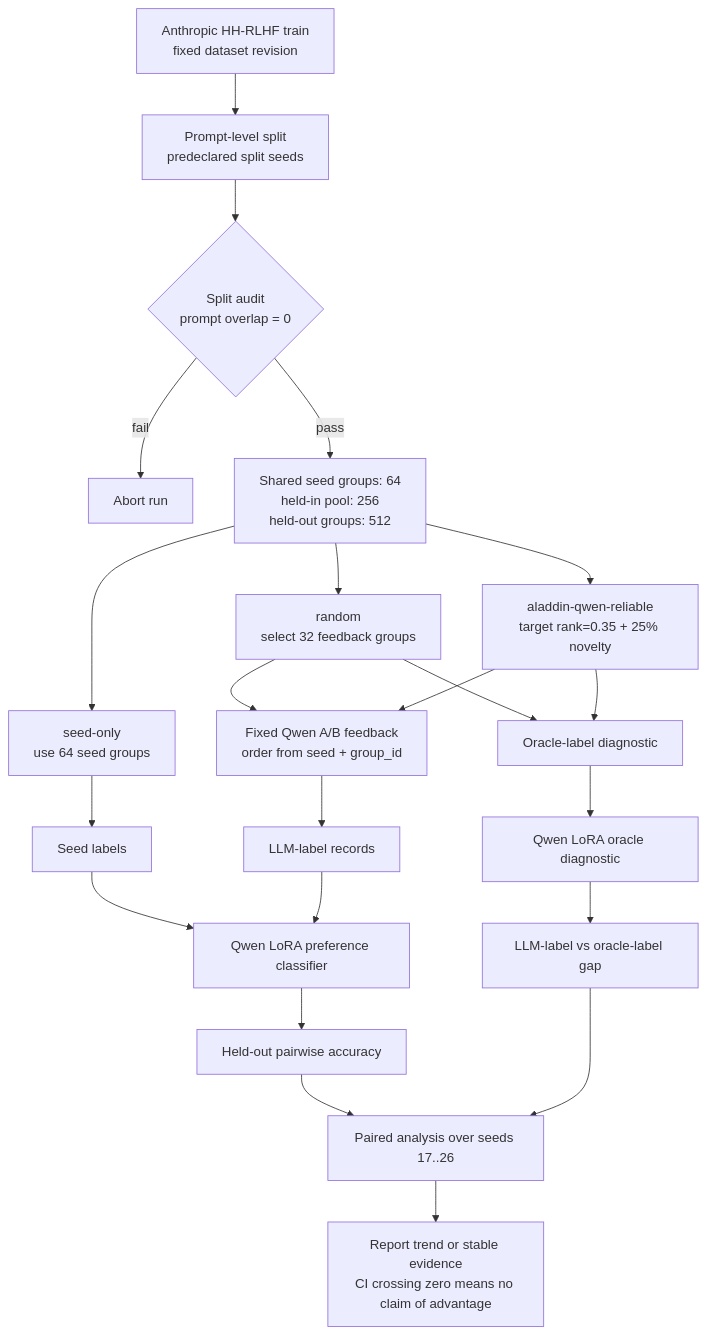
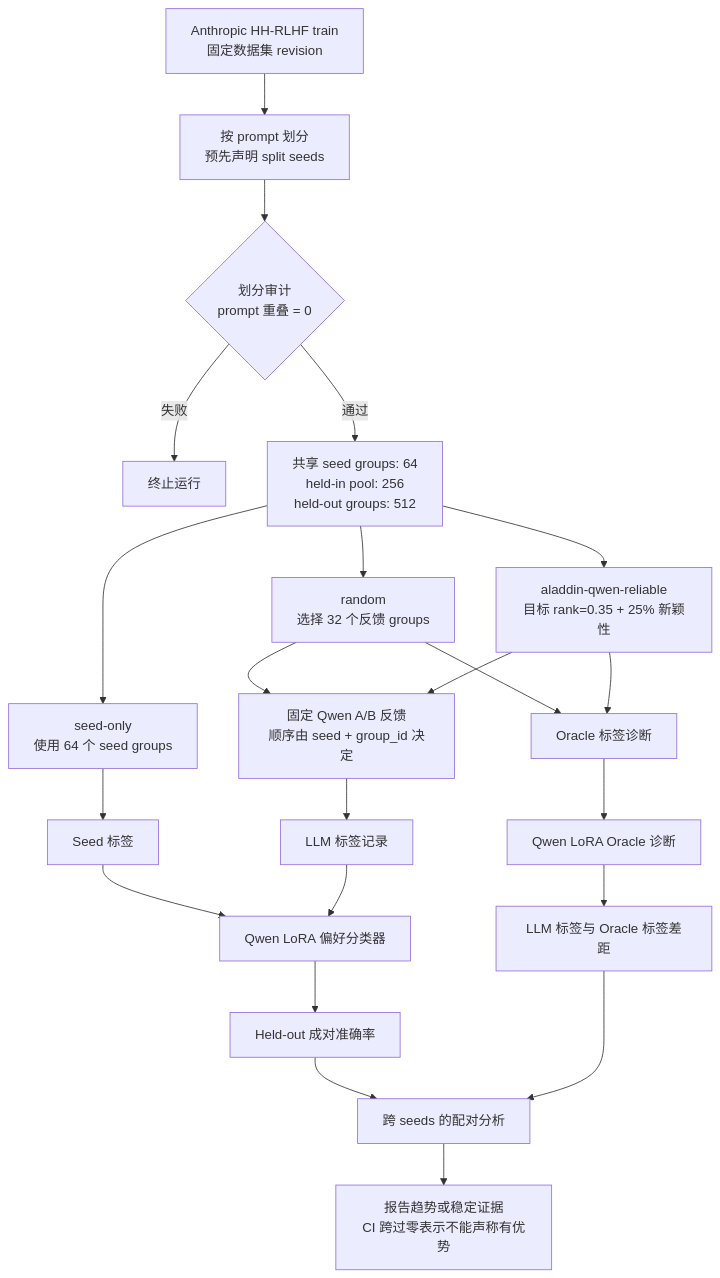
Before and after one commit to Mars-aliens/Data-Centric-RSI: the diagram in projects/aladdin/local_experiments/aladdin/formal_hh_rlhf_protocol.md, drawn with Mermaid. The commit also changed other lines of this file and 12 other files, not shown here.

````diff
--- a/projects/aladdin/local_experiments/aladdin/formal_hh_rlhf_protocol.md
+++ b/projects/aladdin/local_experiments/aladdin/formal_hh_rlhf_protocol.md
@@ -8,24 +7,24 @@
-```mermaid
+~~~mermaid
 flowchart TD
-    A[Anthropic HH-RLHF train<br/>fixed dataset revision] --> B[Prompt-level split<br/>predeclared split seeds]
-    B --> C{Split audit<br/>prompt overlap = 0}
-    C -->|fail| X[Abort run]
-    C -->|pass| D[Shared seed groups: 64<br/>held-in pool: 256<br/>held-out groups: 512]
-    D --> E1[seed-only<br/>use 64 seed groups]
-    D --> E2[random<br/>select 32 feedback groups]
-    D --> E3[aladdin-qwen-reliable<br/>target rank=0.35 + 25% novelty]
-    E2 --> F[Fixed Qwen A/B feedback<br/>order from seed + group_id]
+    A[Anthropic HH-RLHF train<br/>固定数据集 revision] --> B[按 prompt 划分<br/>预先声明 split seeds]
+    B --> C{划分审计<br/>prompt 重叠 = 0}
+    C -->|失败| X[终止运行]
+    C -->|通过| D[共享 seed groups: 64<br/>held-in pool: 256<br/>held-out groups: 512]
+    D --> E1[seed-only<br/>使用 64 个 seed groups]
+    D --> E2[random<br/>选择 32 个反馈 groups]
+    D --> E3[aladdin-qwen-reliable<br/>目标 rank=0.35 + 25% 新颖性]
+    E2 --> F[固定 Qwen A/B 反馈<br/>顺序由 seed + group_id 决定]
     E3 --> F
-    E1 --> G[Seed labels]
-    F --> H[LLM-label records]
-    E2 --> I[Oracle-label diagnostic]
+    E1 --> G[Seed 标签]
+    F --> H[LLM 标签记录]
+    E2 --> I[Oracle 标签诊断]
     E3 --> I
-    G --> J[Qwen LoRA preference classifier]
+    G --> J[Qwen LoRA 偏好分类器]
     H --> J
-    I --> K[Qwen LoRA oracle diagnostic]
-    J --> L[Held-out pairwise accuracy]
-    K --> M[LLM-label vs oracle-label gap]
-    L --> N[Paired analysis over seeds 17..26]
+    I --> K[Qwen LoRA Oracle 诊断]
+    J --> L[Held-out 成对准确率]
+    K --> M[LLM 标签与 Oracle 标签差距]
+    L --> N[跨 seeds 的配对分析]
     M --> N
-    N --> O[Report trend or stable evidence<br/>CI crossing zero means no claim of advantage]
-```
+    N --> O[报告趋势或稳定证据<br/>CI 跨过零表示不能声称有优势]
+~~~
````
